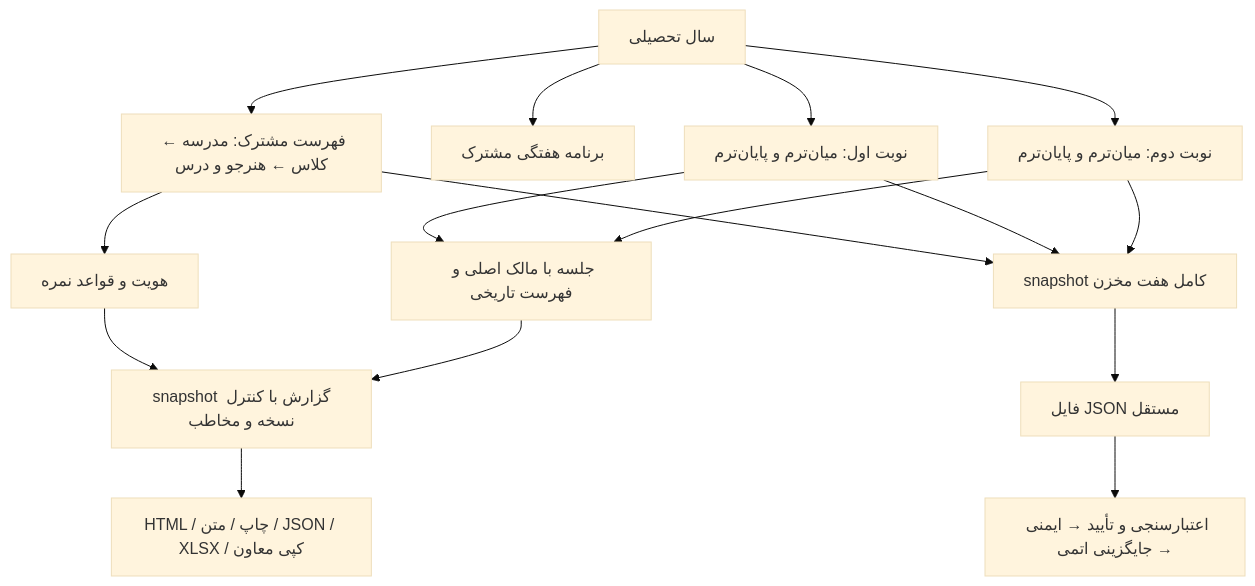
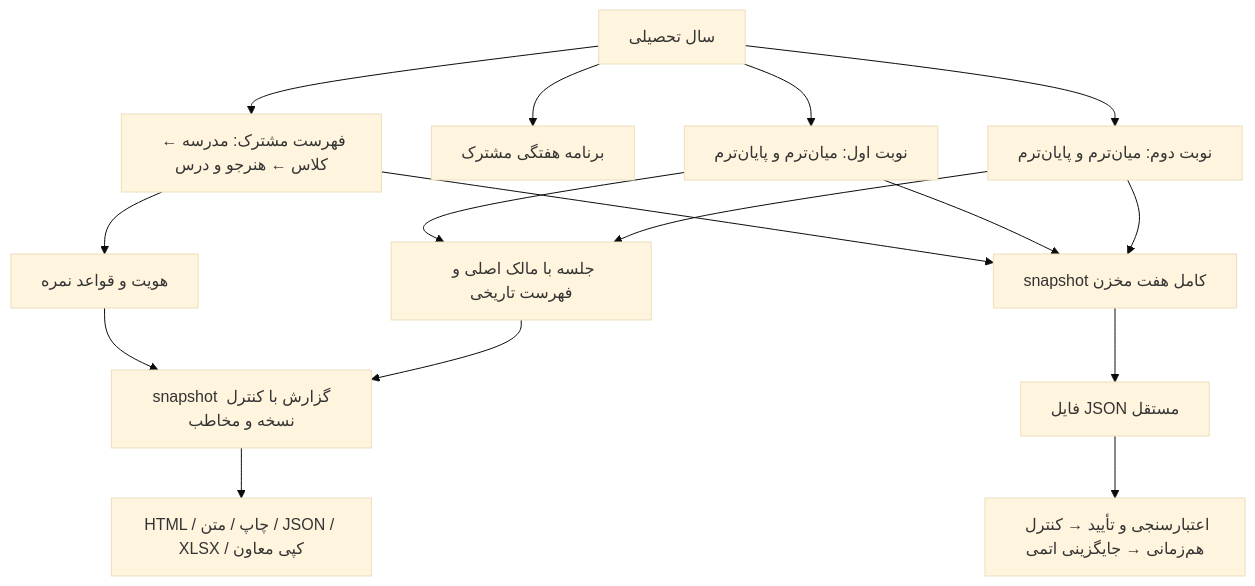
The diagram in docs/ARCHITECTURE.md (saeid-pirzad/edu-manager), drawn with Mermaid (base theme) before and after one commit. The commit also changed other lines of this file and 73 other files, not shown here.

````diff
--- a/docs/ARCHITECTURE.md
+++ b/docs/ARCHITECTURE.md
@@ -25,18 +25,18 @@
 ```mermaid
 flowchart TD
   Y["سال تحصیلی"] --> D["فهرست مشترک: مدرسه ← کلاس ← هنرجو و درس"]
   Y --> S["برنامه هفتگی مشترک"]
   Y --> T1["نوبت اول: میان‌ترم و پایان‌ترم"]
   Y --> T2["نوبت دوم: میان‌ترم و پایان‌ترم"]
   D --> G["هویت و قواعد نمره"]
   T1 --> R["جلسه با مالک اصلی و فهرست تاریخی"]
   T2 --> R
   G --> P["snapshot گزارش با کنترل نسخه و مخاطب"]
   R --> P
   P --> O["HTML / چاپ / متن / JSON / XLSX / کپی معاون"]
   D --> B["snapshot کامل هفت مخزن"]
   T1 --> B
   T2 --> B
   B --> F["فایل JSON مستقل"]
-  F --> A["اعتبارسنجی و تأیید → ایمنی → جایگزینی اتمی"]
+  F --> A["اعتبارسنجی و تأیید → کنترل هم‌زمانی → جایگزینی اتمی"]
 ```
````
